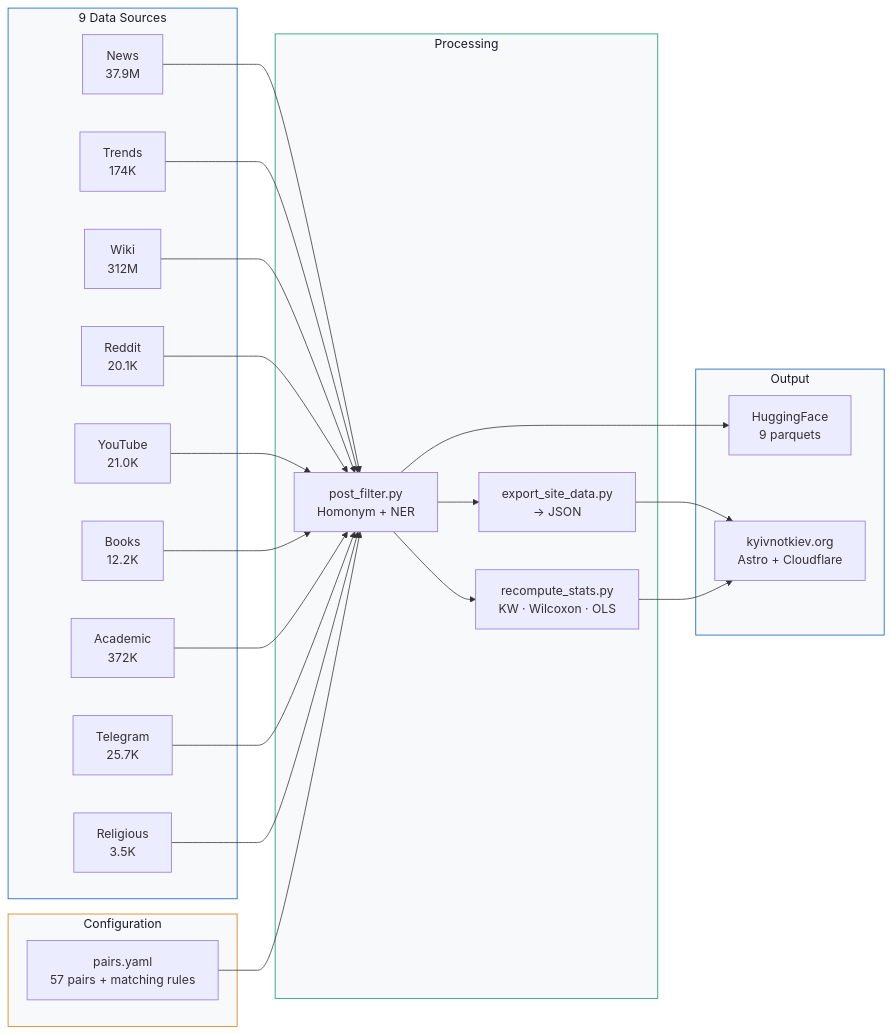
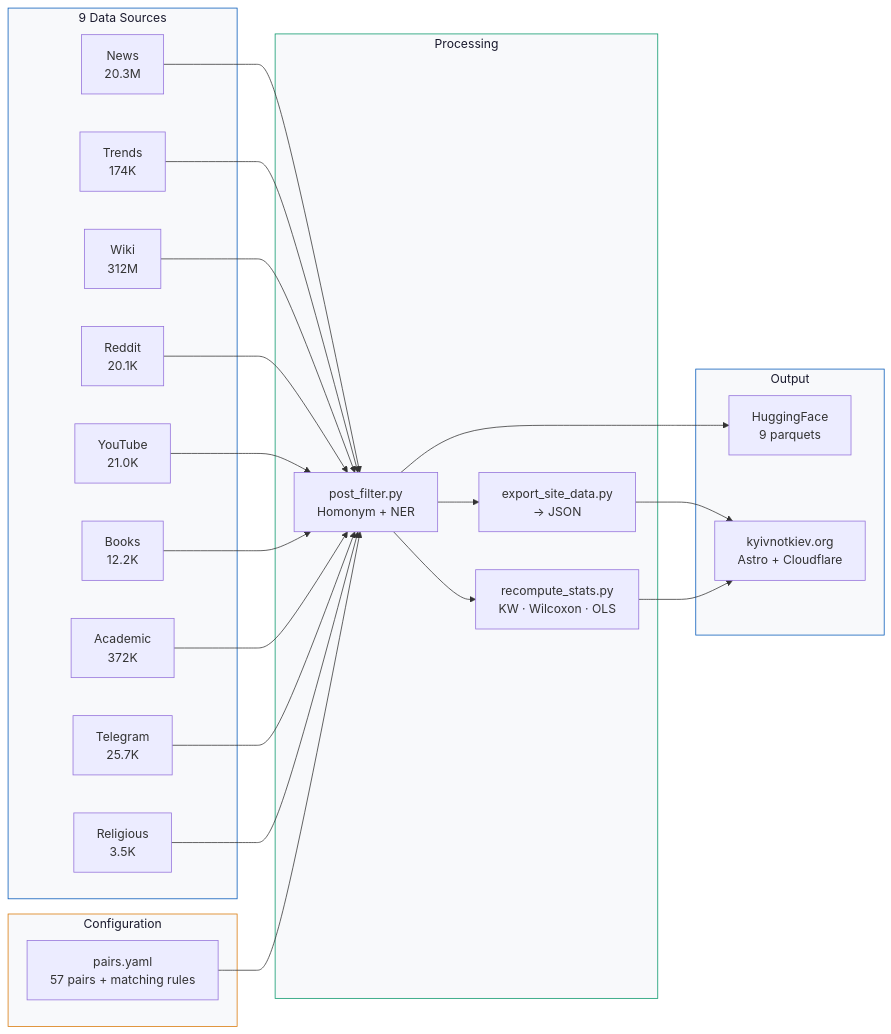
Before and after one commit to IvanDobrovolsky/kyivnotkiev: the diagram in README.md, drawn with Mermaid. The commit also changed other lines of this file and 7 other files, not shown here.

````diff
--- a/README.md
+++ b/README.md
@@ -48,39 +48,39 @@
 ```mermaid
 graph LR
     subgraph Sources["9 Data Sources"]
         style Sources fill:#f8f9fb,stroke:#0057B8,color:#1a1a2e
-        GDELT["News<br/>37.9M"]
+        GDELT["News<br/>20.3M"]
         Trends["Trends<br/>174K"]
         Wiki["Wiki<br/>312M"]
         Reddit["Reddit<br/>20.1K"]
         YT["YouTube<br/>21.0K"]
         Ngrams["Books<br/>12.2K"]
         OA["Academic<br/>372K"]
         TG["Telegram<br/>25.7K"]
         Rel["Religious<br/>3.5K"]
     end
 
     subgraph Config["Configuration"]
         style Config fill:#f8f9fb,stroke:#d97706,color:#1a1a2e
         Pairs["pairs.yaml<br/>57 pairs + matching rules"]
     end
 
     subgraph Processing["Processing"]
         style Processing fill:#f8f9fb,stroke:#059669,color:#1a1a2e
         PostFilter["post_filter.py<br/>Homonym + NER"]
         Export["export_site_data.py<br/>→ JSON"]
         Stats["recompute_stats.py<br/>KW · Wilcoxon · OLS"]
     end
 
     subgraph Output["Output"]
         style Output fill:#f8f9fb,stroke:#0057B8,color:#1a1a2e
         HF["HuggingFace<br/>9 parquets"]
         Site["kyivnotkiev.org<br/>Astro + Cloudflare"]
     end
 
     GDELT & Trends & Wiki & Reddit & YT & Ngrams & OA & TG & Rel --> PostFilter
     Pairs --> PostFilter
     PostFilter --> Export --> Site
     PostFilter --> Stats --> Site
     PostFilter --> HF
 ```
````
